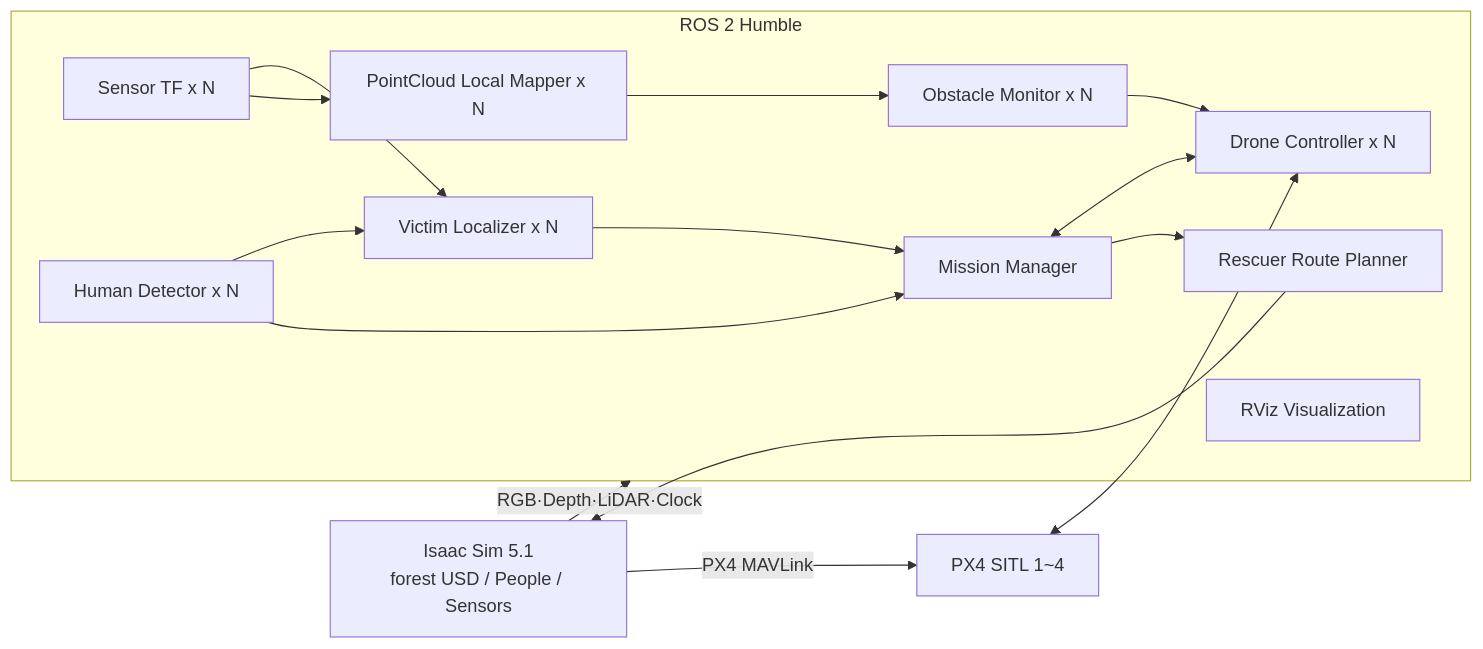
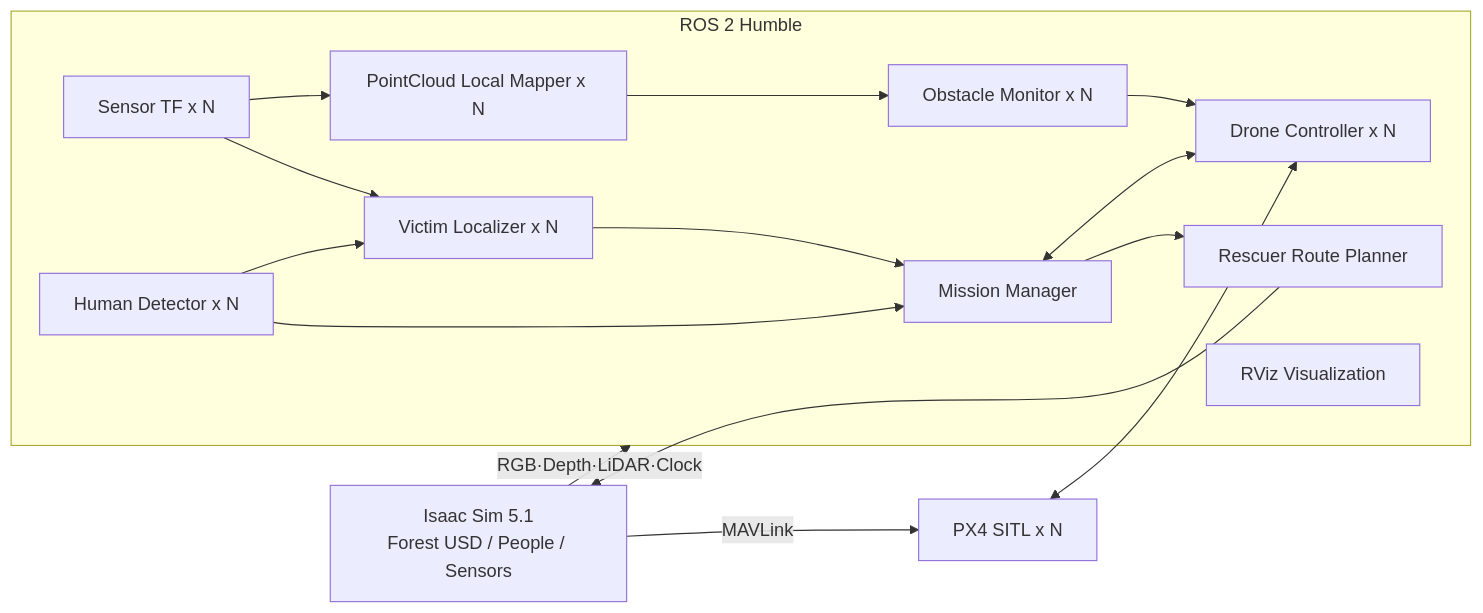
Before and after one commit to ppiyakkkkk/cobot3: the diagram in README.md, drawn with Mermaid. The commit also changed other lines of this file, not shown here.

````diff
--- a/README.md
+++ b/README.md
@@ -48,30 +49,30 @@
 ```mermaid
 flowchart LR
-    SIM[Isaac Sim 5.1<br/>forest USD / People / Sensors] -->|RGB·Depth·LiDAR·Clock| ROS
-    SIM -->|PX4 MAVLink| PX4[PX4 SITL 1~4]
+    SIM[Isaac Sim 5.1<br/>Forest USD / People / Sensors] -->|RGB·Depth·LiDAR·Clock| ROS
+    SIM -->|MAVLink| PX4[PX4 SITL x N]
 
     subgraph ROS[ROS 2 Humble]
         MM[Mission Manager]
         DC[Drone Controller x N]
         TF[Sensor TF x N]
         LM[PointCloud Local Mapper x N]
         OM[Obstacle Monitor x N]
         HD[Human Detector x N]
         VL[Victim Localizer x N]
         RP[Rescuer Route Planner]
         VIZ[RViz Visualization]
     end
 
     PX4 <--> DC
     MM <--> DC
+    TF --> LM
     TF --> VL
-    TF --> LM
     LM --> OM
     OM --> DC
     HD --> VL
     HD --> MM
     VL --> MM
     MM --> RP
     RP --> SIM
     ROS --> VIZ
 ```
````
